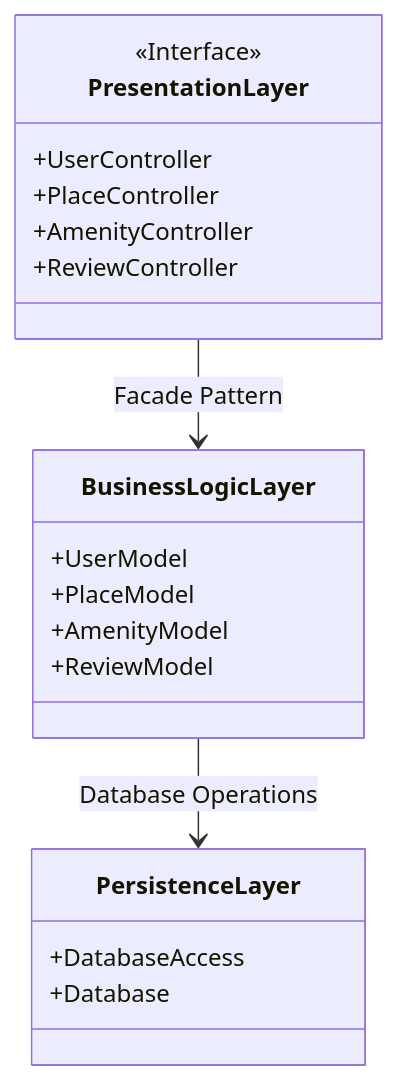
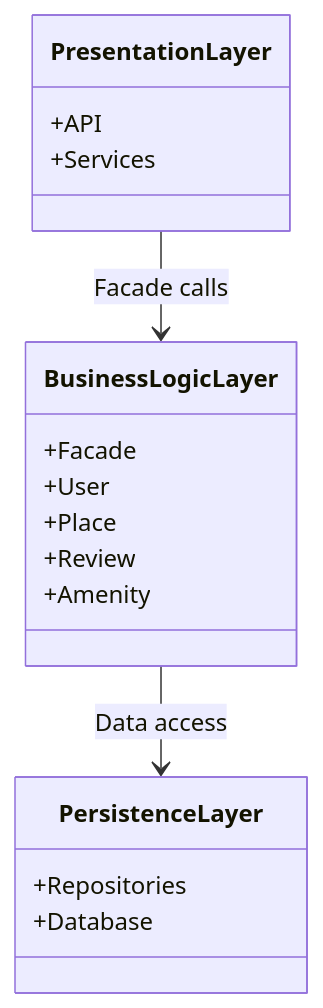
The diagram in part1/task0/architecture.mmd (holbkr/holbertonschool-hbnb), drawn with Mermaid before and after one commit.

Commit message:
Refactor architecture diagram for clarity and detail

```diff
--- a/part1/task0/architecture.mmd
+++ b/part1/task0/architecture.mmd
@@ -1,23 +1,22 @@
 classDiagram
-    class PresentationLayer {
-        <<Interface>>
-        +UserController
-        +PlaceController
-        +AmenityController
-        +ReviewController
-    }
-    
-    class BusinessLogicLayer {
-        +UserModel
-        +PlaceModel
-        +AmenityModel
-        +ReviewModel
-    }
-    
-    class PersistenceLayer {
-        +DatabaseAccess
-        +Database
-    }
 
-    PresentationLayer --> BusinessLogicLayer : Facade Pattern
-    BusinessLogicLayer --> PersistenceLayer : Database Operations
+class PresentationLayer {
+    +API
+    +Services
+}
+
+class BusinessLogicLayer {
+    +Facade
+    +User
+    +Place
+    +Review
+    +Amenity
+}
+
+class PersistenceLayer {
+    +Repositories
+    +Database
+}
+
+PresentationLayer --> BusinessLogicLayer : Facade calls
+BusinessLogicLayer --> PersistenceLayer : Data access
```
